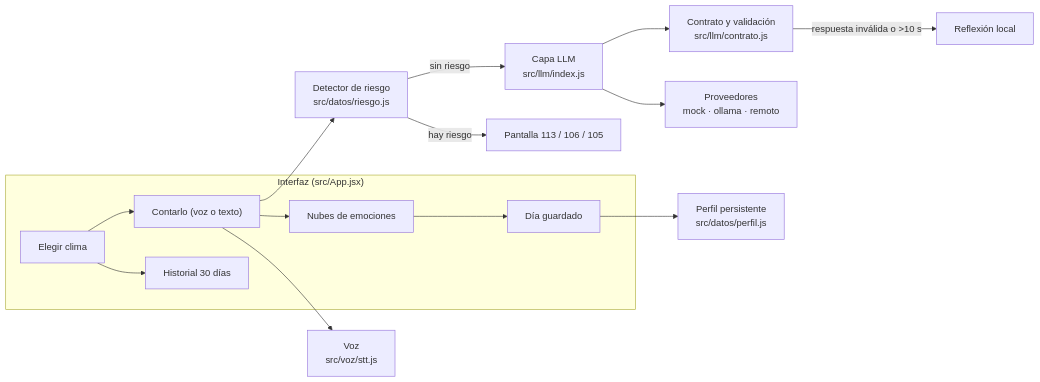
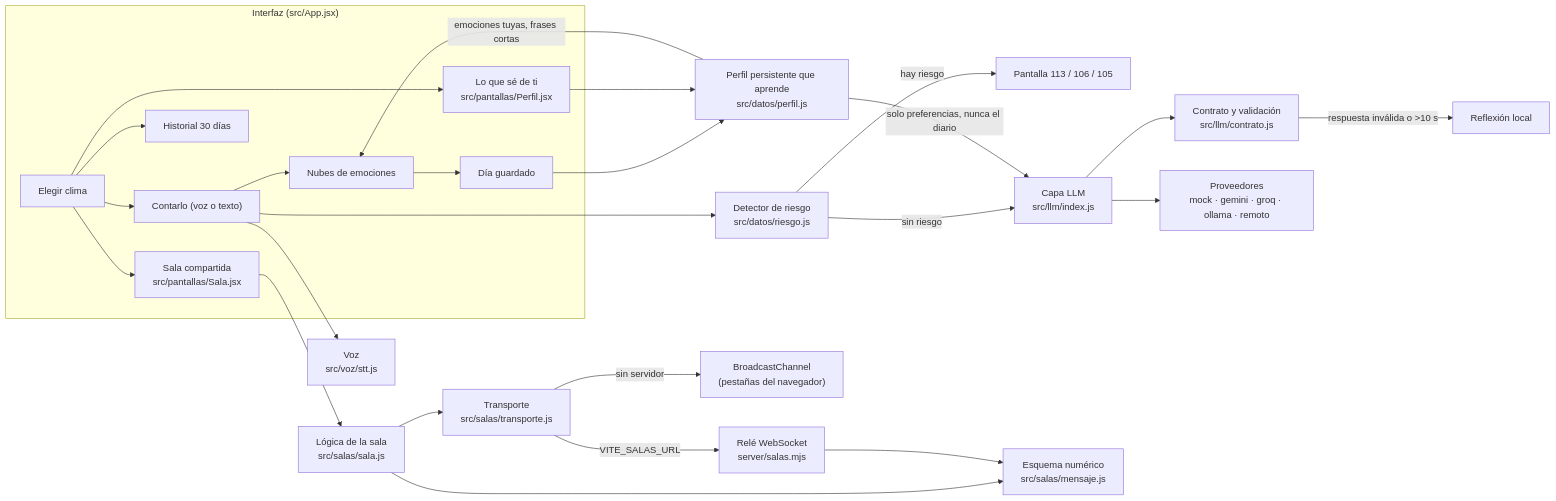
Before and after one commit to Melissa1221/clima-interior: the third of 3 diagrams in docs/arquitectura.md, drawn with Mermaid. The commit also changed other lines of this file, not shown here.

Commit message:
docs: c4 con relé de salas y personalización

````diff
--- a/docs/arquitectura.md
+++ b/docs/arquitectura.md
@@ -59,17 +58,28 @@
 ```mermaid
 flowchart LR
   subgraph UI["Interfaz (src/App.jsx)"]
     inicio["Elegir clima"] --> contar["Contarlo (voz o texto)"]
     contar --> emociones["Nubes de emociones"]
     emociones --> guardado["Día guardado"]
     inicio --> semana["Historial 30 días"]
+    inicio --> tu["Lo que sé de ti<br/>src/pantallas/Perfil.jsx"]
+    inicio --> salaUI["Sala compartida<br/>src/pantallas/Sala.jsx"]
   end
   contar --> riesgo["Detector de riesgo<br/>src/datos/riesgo.js"]
   riesgo -- "hay riesgo" --> crisis["Pantalla 113 / 106 / 105"]
   riesgo -- "sin riesgo" --> llm["Capa LLM<br/>src/llm/index.js"]
   llm --> contrato["Contrato y validación<br/>src/llm/contrato.js"]
-  llm --> prov["Proveedores<br/>mock · ollama · remoto"]
+  llm --> prov["Proveedores<br/>mock · gemini · groq · ollama · remoto"]
   contrato -- "respuesta inválida o >10 s" --> respaldo["Reflexión local"]
   contar --> voz["Voz<br/>src/voz/stt.js"]
-  guardado --> perfil["Perfil persistente<br/>src/datos/perfil.js"]
+  guardado --> perfil["Perfil persistente que aprende<br/>src/datos/perfil.js"]
+  perfil -- "emociones tuyas, frases cortas" --> emociones
+  perfil -- "solo preferencias, nunca el diario" --> llm
+  tu --> perfil
+  salaUI --> logica["Lógica de la sala<br/>src/salas/sala.js"]
+  logica --> esquema["Esquema numérico<br/>src/salas/mensaje.js"]
+  logica --> transp["Transporte<br/>src/salas/transporte.js"]
+  transp -- "sin servidor" --> bc["BroadcastChannel<br/>(pestañas del navegador)"]
+  transp -- "VITE_SALAS_URL" --> ws["Relé WebSocket<br/>server/salas.mjs"]
+  ws --> esquema
 ```
````
